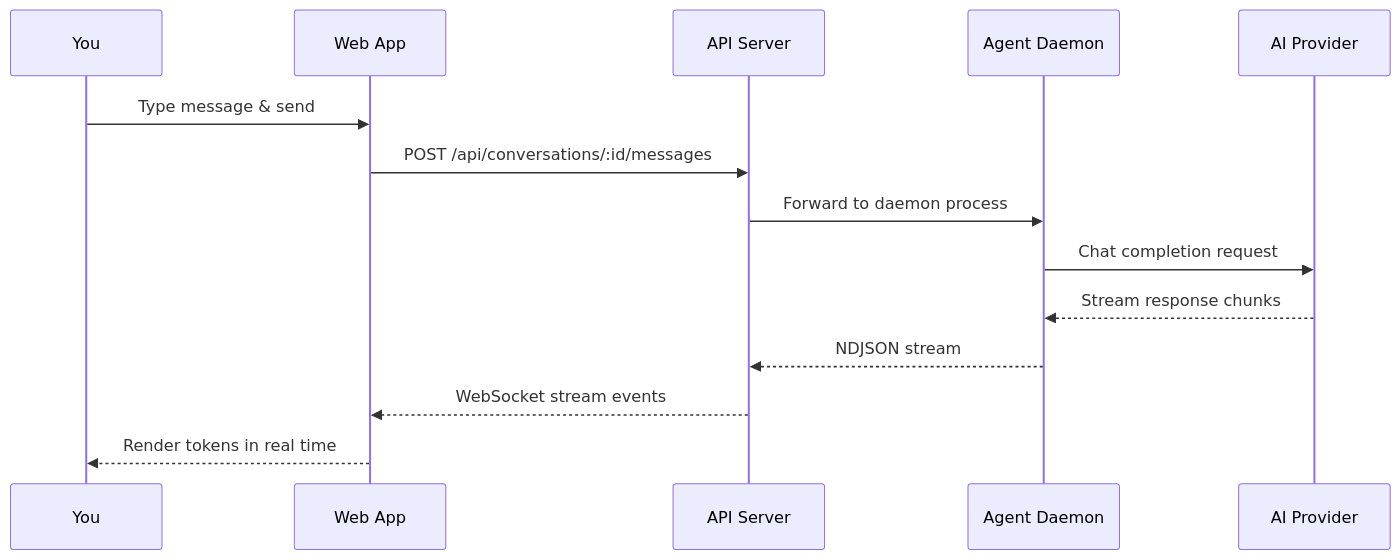
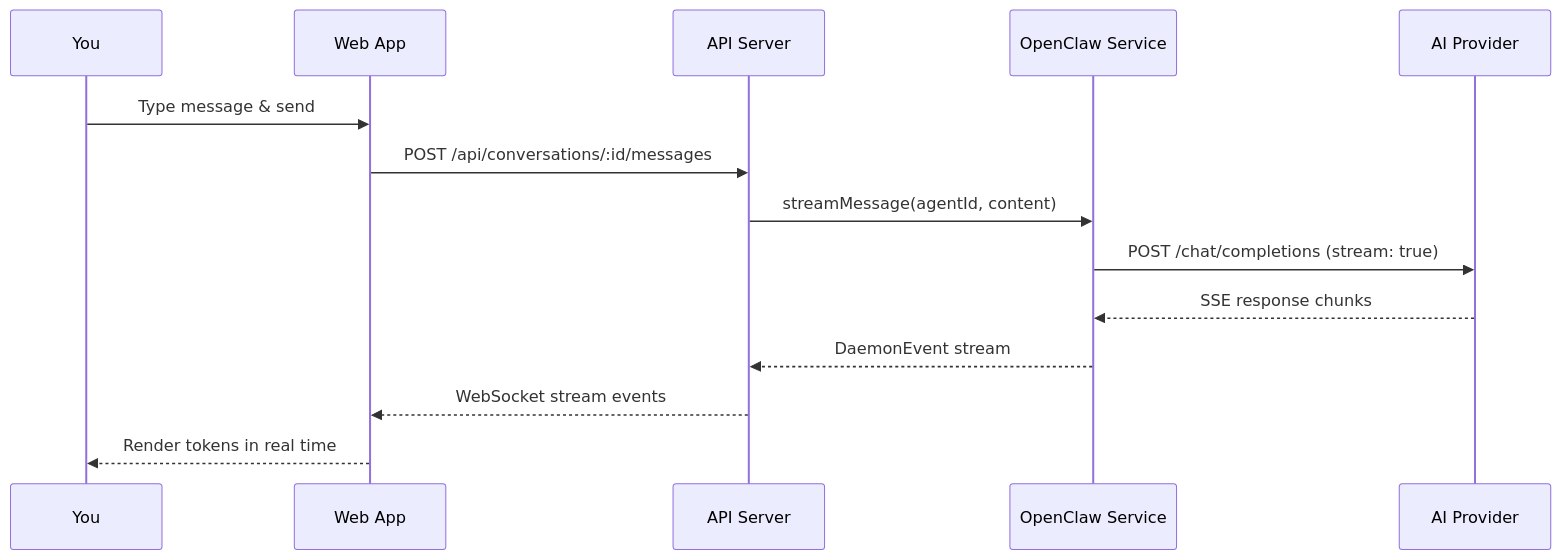
Before and after one commit to pde-rent/monokeros: the third of 4 diagrams in docs/getting-started/quick-start.md, drawn with Mermaid. The commit also changed other lines of this file and 31 other files, not shown here.

First line of the commit message:
feat: rewrite docs for OpenClaw, add acceptance criteria and artifact models

````diff
--- a/docs/getting-started/quick-start.md
+++ b/docs/getting-started/quick-start.md
@@ -84,17 +84,17 @@
 ```mermaid
 sequenceDiagram
     participant U as You
     participant W as Web App
     participant A as API Server
-    participant D as Agent Daemon
+    participant OC as OpenClaw Service
     participant P as AI Provider
 
     U->>W: Type message & send
     W->>A: POST /api/conversations/:id/messages
-    A->>D: Forward to daemon process
-    D->>P: Chat completion request
-    P-->>D: Stream response chunks
-    D-->>A: NDJSON stream
+    A->>OC: streamMessage(agentId, content)
+    OC->>P: POST /chat/completions (stream: true)
+    P-->>OC: SSE response chunks
+    OC-->>A: DaemonEvent stream
     A-->>W: WebSocket stream events
     W-->>U: Render tokens in real time
 ```
````
